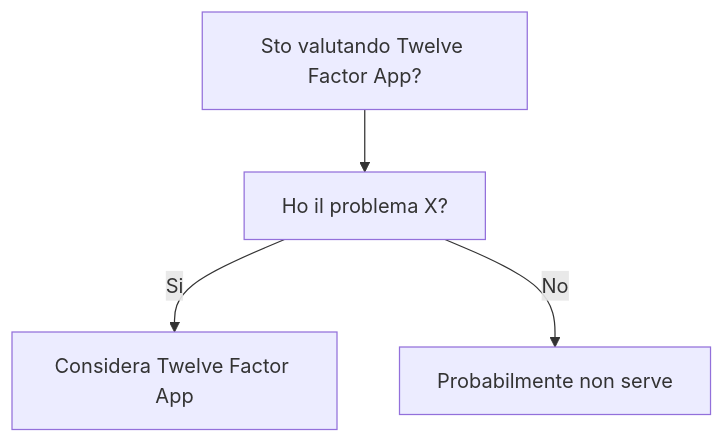
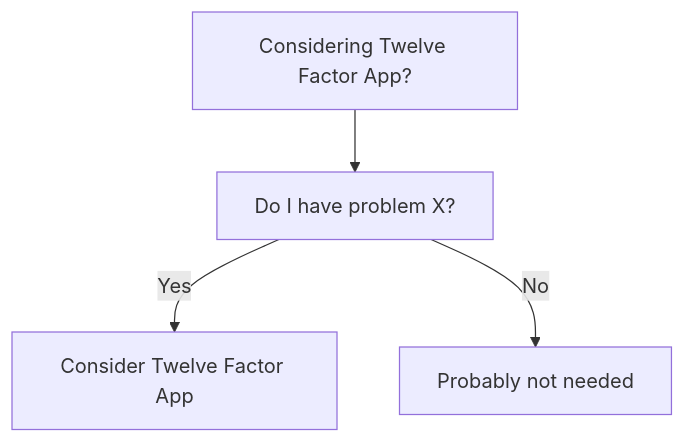
Before and after one commit to HxT9/Software-Dev-Wiki: the diagram in dev-wiki/21_Cloud_Native/Twelve_Factor_App/When_To_Use.md, drawn with Mermaid. The commit also changed other lines of this file and 3444 other files, not shown here.

````diff
--- a/dev-wiki/21_Cloud_Native/Twelve_Factor_App/When_To_Use.md
+++ b/dev-wiki/21_Cloud_Native/Twelve_Factor_App/When_To_Use.md
@@ -19,6 +19,6 @@
 ```mermaid
 flowchart TD
-  Q[Sto valutando Twelve Factor App?] --> Q1[Ho il problema X?]
-  Q1 -->|Si| OK[Considera Twelve Factor App]
-  Q1 -->|No| NO[Probabilmente non serve]
+  Q[Considering Twelve Factor App?] --> Q1[Do I have problem X?]
+  Q1 -->|Yes| OK[Consider Twelve Factor App]
+  Q1 -->|No| NO[Probably not needed]
 ```
````
